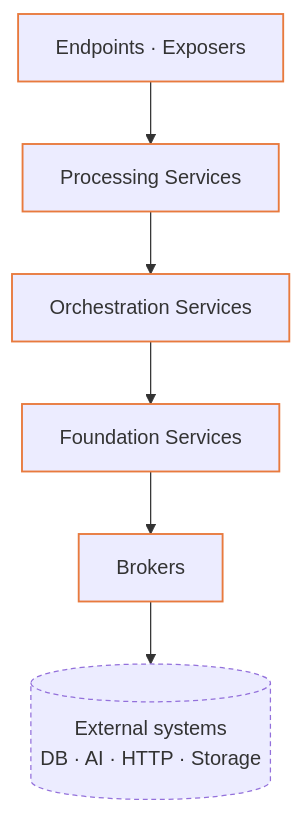
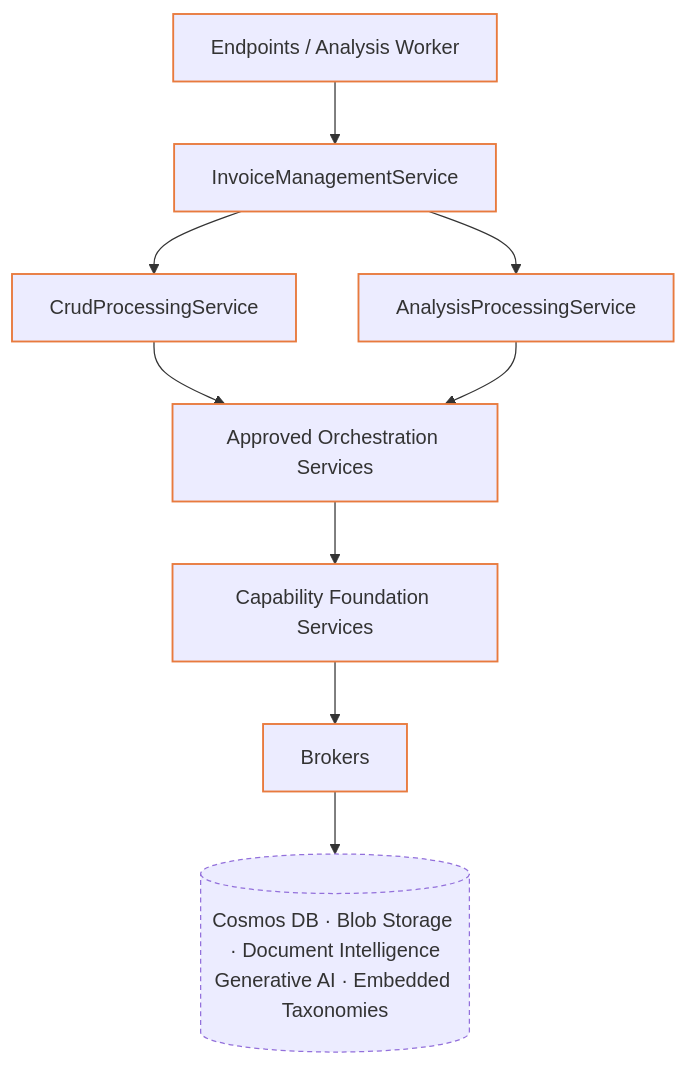
Before and after one commit to arolariu/arolariu.ro: the diagram in docs/rfc/2001-domain-driven-design-architecture.md, drawn with Mermaid. The commit also changed other lines of this file and 244 other files, not shown here.

First line of the commit message:
feat(api): complete standard invoice service graph

````diff
--- a/docs/rfc/2001-domain-driven-design-architecture.md
+++ b/docs/rfc/2001-domain-driven-design-architecture.md
@@ -18,20 +34,25 @@
 ```mermaid
 flowchart TB
-  Endpoints[Endpoints · Exposers]
-  Processing[Processing Services]
-  Orchestration[Orchestration Services]
-  Foundation[Foundation Services]
+  Adapters[Endpoints / Analysis Worker]
+  Management[InvoiceManagementService]
+  Crud[CrudProcessingService]
+  Analysis[AnalysisProcessingService]
+  Orchestrations[Approved Orchestration Services]
+  Foundations[Capability Foundation Services]
   Brokers[Brokers]
-  External[(External systems<br/>DB · AI · HTTP · Storage)]
+  External[(Cosmos DB · Blob Storage · Document Intelligence<br/>Generative AI · Embedded Taxonomies)]
 
-  Endpoints --> Processing
-  Processing --> Orchestration
-  Orchestration --> Foundation
-  Foundation --> Brokers
+  Adapters --> Management
+  Management --> Crud
+  Management --> Analysis
+  Crud --> Orchestrations
+  Analysis --> Orchestrations
+  Orchestrations --> Foundations
+  Foundations --> Brokers
   Brokers --> External
 
   classDef layer stroke:#e87a3e,stroke-width:1.5px;
   classDef external stroke-dasharray:4 3;
-  class Endpoints,Processing,Orchestration,Foundation,Brokers layer;
+  class Adapters,Management,Crud,Analysis,Orchestrations,Foundations,Brokers layer;
   class External external;
 ```
````
